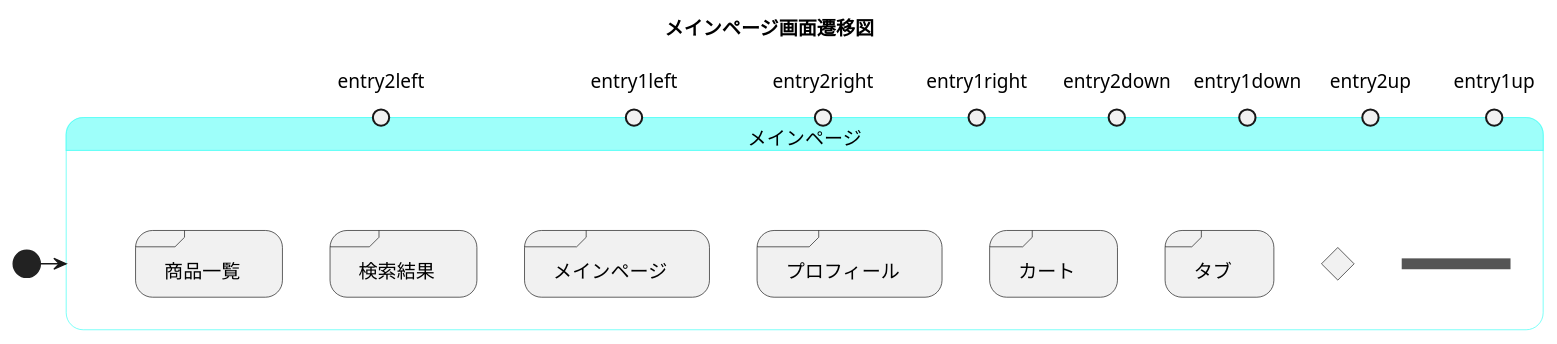
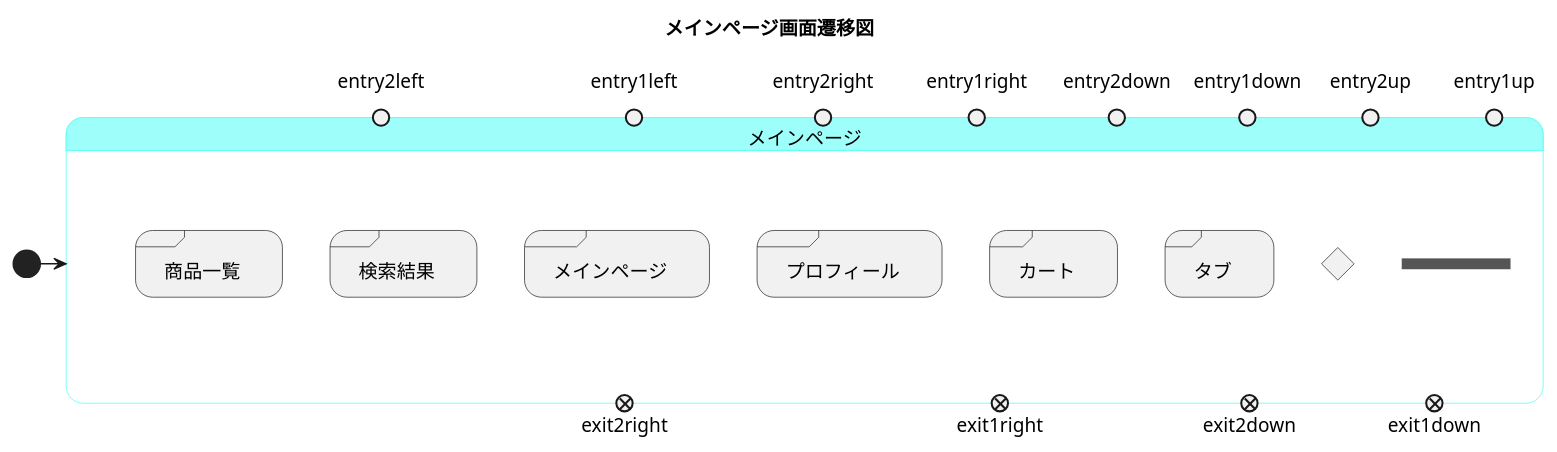
The diagram in メインページ.md (akutori/T-D-E), drawn with PlantUML before and after one commit.

Commit message:
出口ポイントを追加

````diff
--- a/メインページ.md
+++ b/メインページ.md
@@ -1,30 +1,40 @@
 ```uml
 @startuml
 title メインページ画面遷移図
 
 [*]->メインページ
 state メインページ<<mainpage>>{
     state join_header <<join>>
     state ifinput <<choice>>
     state "タブ" as tab <<sdlreceive>>
     state "カート" as cart <<sdlreceive>>
     state "プロフィール" as profile <<sdlreceive>>
     state "メインページ" as mainpage <<sdlreceive>>
     state "検索結果" as serch <<sdlreceive>>
     state "商品一覧" as goods<<sdlreceive>>
+
     state entry1up <<entryPoint>>
     state entry2up <<entryPoint>>
+
     state entry1down <<entryPoint>>
     state entry2down <<entryPoint>>
+
+    state exit1down <<exitPoint>>
+    state exit2down <<exitPoint>>
+
     state entry1right <<entryPoint>>
     state entry2right <<entryPoint>>
+
+    state exit1right <<exitPoint>>
+    state exit2right <<exitPoint>>
+
     state entry1left <<entryPoint>>
     state entry2left <<entryPoint>>
 
 
 }
 skinparam stateBorderColor<<mainpage>> #40fff5
 state メインページ #9efffa
 
 @enduml
 ```
````
